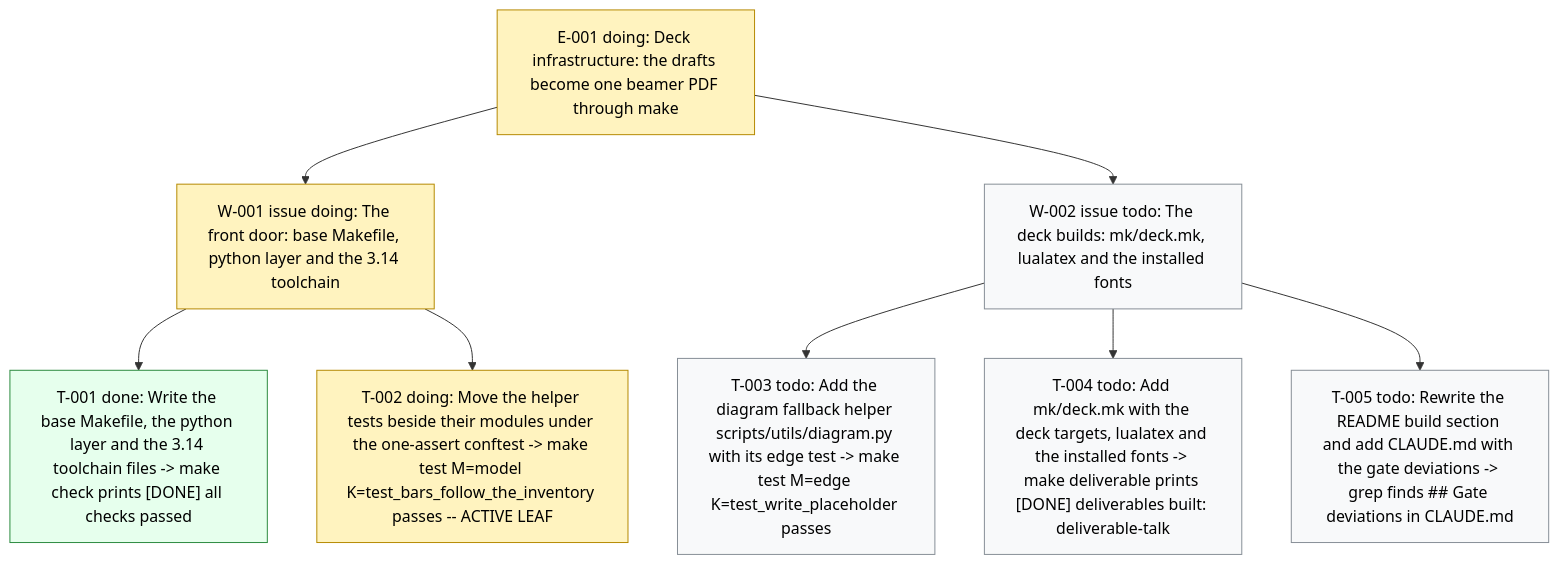
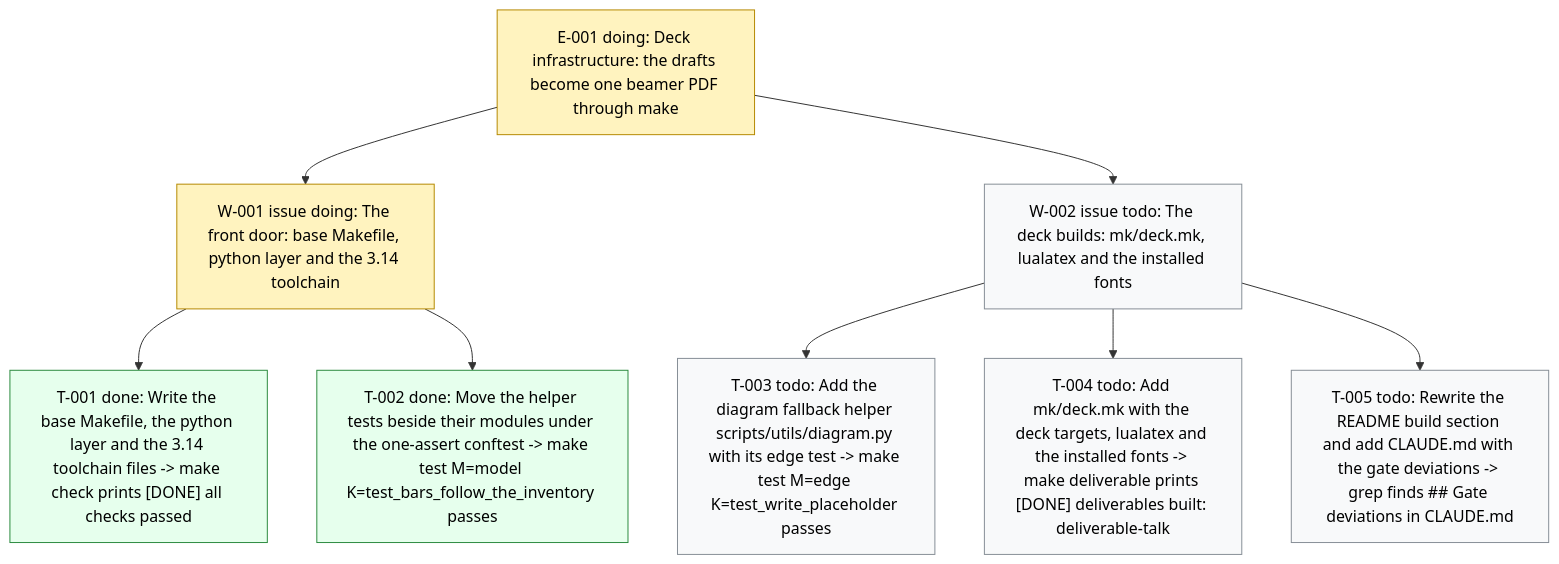
One commit to dpopchev/chaos-to-simple changed the diagram in .board/BOARD.md. Above: the diagram before and after it, drawn with Mermaid. The commit also changed other lines of this file and 1 other file, not shown here.

Commit message:
chore(board): close T-002 -- W-001 ready to land
Refs: W-001 T-002

````diff
--- a/.board/BOARD.md
+++ b/.board/BOARD.md
@@ -14,19 +14,19 @@
 ```mermaid
 flowchart TD
   E001["E-001 doing: Deck infrastructure: the drafts become one beamer PDF through make"]
   E001 --> W001["W-001 issue doing: The front door: base Makefile, python layer and the 3.14 toolchain"]
   W001 --> T001["T-001 done: Write the base Makefile, the python layer and the 3.14 toolchain files -> make check prints [DONE] all checks passed"]
-  W001 --> T002["T-002 doing: Move the helper tests beside their modules under the one-assert conftest -> make test M=model K=test_bars_follow_the_inventory passes -- ACTIVE LEAF"]
+  W001 --> T002["T-002 done: Move the helper tests beside their modules under the one-assert conftest -> make test M=model K=test_bars_follow_the_inventory passes"]
   E001 --> W002["W-002 issue todo: The deck builds: mk/deck.mk, lualatex and the installed fonts"]
   W002 --> T003["T-003 todo: Add the diagram fallback helper scripts/utils/diagram.py with its edge test -> make test M=edge K=test_write_placeholder passes"]
   W002 --> T004["T-004 todo: Add mk/deck.mk with the deck targets, lualatex and the installed fonts -> make deliverable prints [DONE] deliverables built: deliverable-talk"]
   W002 --> T005["T-005 todo: Rewrite the README build section and add CLAUDE.md with the gate deviations -> grep finds ## Gate deviations in CLAUDE.md"]
   classDef doing fill:#fff3bf,stroke:#b58900,color:#000;
   classDef blocked fill:#ffe3e3,stroke:#c92a2a,color:#000;
   classDef done fill:#e6ffed,stroke:#2b8a3e,color:#000;
   classDef todo fill:#f8f9fa,stroke:#868e96,color:#000;
   classDef pruned fill:#f1f3f5,stroke:#adb5bd,color:#000;
-  class E001,W001,T002 doing
-  class T001 done
+  class E001,W001 doing
+  class T001,T002 done
   class W002,T003,T004,T005 todo
 ```
````
